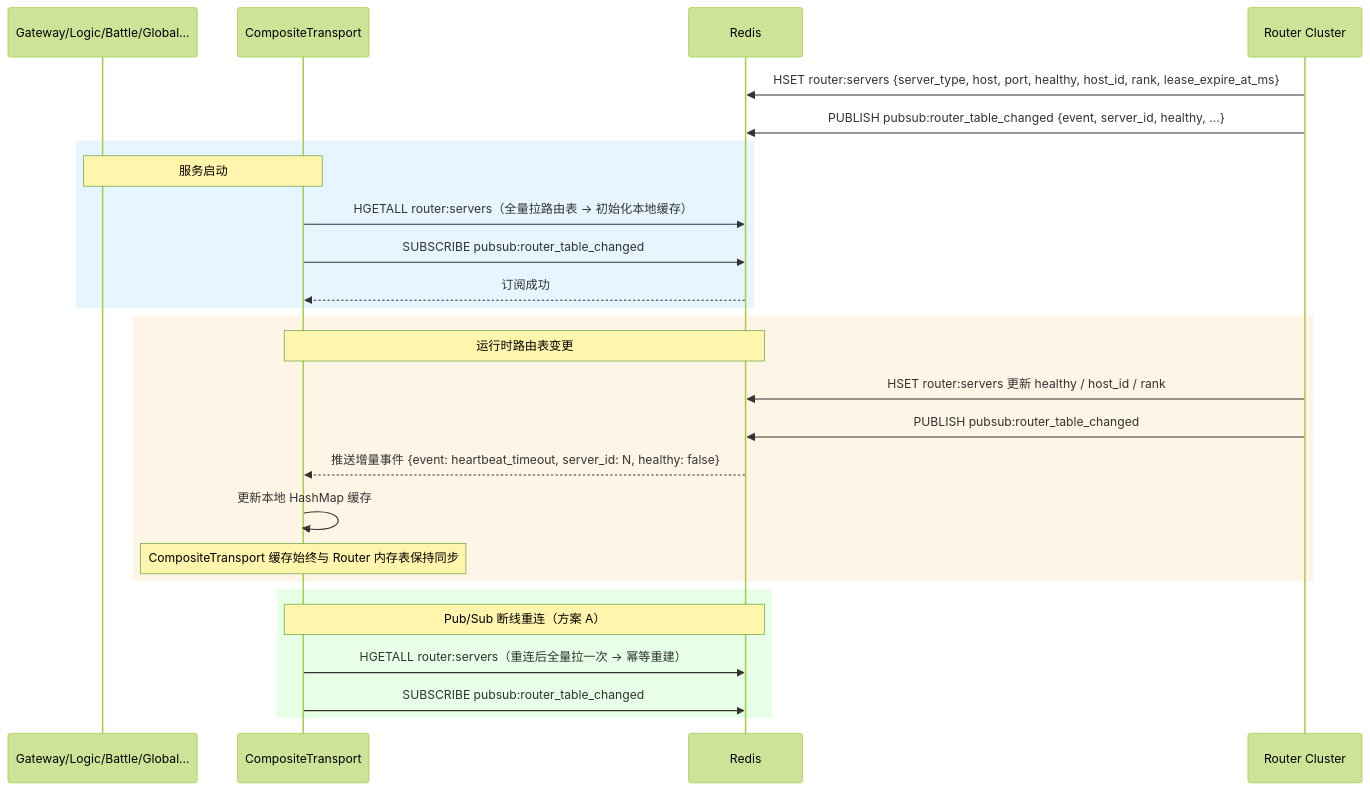
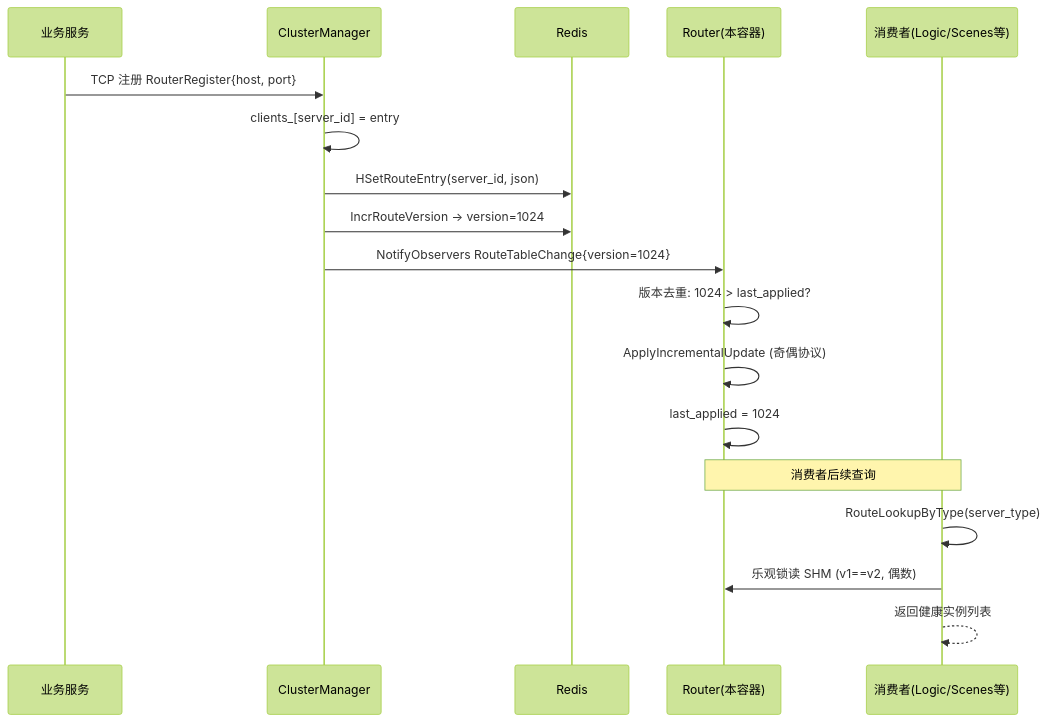
The fifth of 6 diagrams in architecture/architecture_design.md (ysx-cpp/distributed-server-framework), drawn with Mermaid (forest theme) before and after one commit. The commit also changed other lines of this file and 4 other files, not shown here.

````diff
--- a/architecture/architecture_design.md
+++ b/architecture/architecture_design.md
@@ -860,32 +999,22 @@
 ```mermaid
 sequenceDiagram
-    participant Svc as Gateway/Logic/Battle/Global...
-    participant CT as CompositeTransport
+    participant Svc as 业务服务
+    participant CM as ClusterManager
     participant Redis
-    participant RouterCluster as Router Cluster
+    participant Router as Router(本容器)
+    participant Consumer as 消费者(Logic/Scenes等)
 
-    RouterCluster->>Redis: HSET router:servers {server_type, host, port, healthy, host_id, rank, lease_expire_at_ms}
-    RouterCluster->>Redis: PUBLISH pubsub:router_table_changed {event, server_id, healthy, ...}
+    Svc->>CM: TCP 注册 RouterRegister{host, port}
+    CM->>CM: clients_[server_id] = entry
+    CM->>Redis: HSetRouteEntry(server_id, json)
+    CM->>Redis: IncrRouteVersion → version=1024
+    CM->>Router: NotifyObservers RouteTableChange{version=1024}
+    Router->>Router: 版本去重: 1024 > last_applied?
+    Router->>Router: ApplyIncrementalUpdate (奇偶协议)
+    Router->>Router: last_applied = 1024
 
-    rect rgb(230, 245, 255)
-        Note over Svc, CT: 服务启动
-        CT->>Redis: HGETALL router:servers（全量拉路由表 → 初始化本地缓存）
-        CT->>Redis: SUBSCRIBE pubsub:router_table_changed
-        Redis-->>CT: 订阅成功
-    end
-
-    rect rgb(255, 245, 230)
-        Note over CT, Redis: 运行时路由表变更
-        RouterCluster->>Redis: HSET router:servers 更新 healthy / host_id / rank
-        RouterCluster->>Redis: PUBLISH pubsub:router_table_changed
-        Redis-->>CT: 推送增量事件 {event: heartbeat_timeout, server_id: N, healthy: false}
-        CT->>CT: 更新本地 HashMap 缓存
-        Note over CT: CompositeTransport 缓存始终与 Router 内存表保持同步
-    end
-
-    rect rgb(230, 255, 230)
-        Note over CT, Redis: Pub/Sub 断线重连（方案 A）
-        CT->>Redis: HGETALL router:servers（重连后全量拉一次 → 幂等重建）
-        CT->>Redis: SUBSCRIBE pubsub:router_table_changed
-    end
+    Note over Consumer,Router: 消费者后续查询
+    Consumer->>Consumer: RouteLookupByType(server_type)
+    Consumer->>Router: 乐观锁读 SHM (v1==v2, 偶数)
+    Consumer-->>Consumer: 返回健康实例列表
 ```
````
